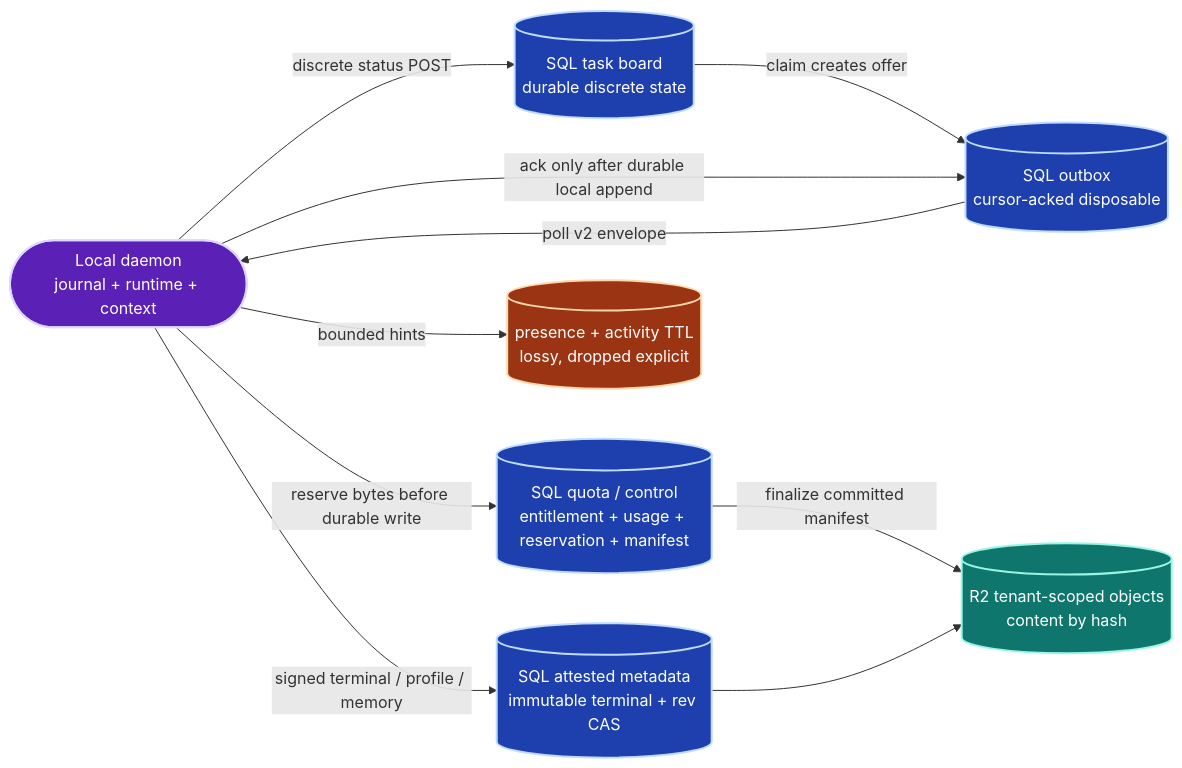
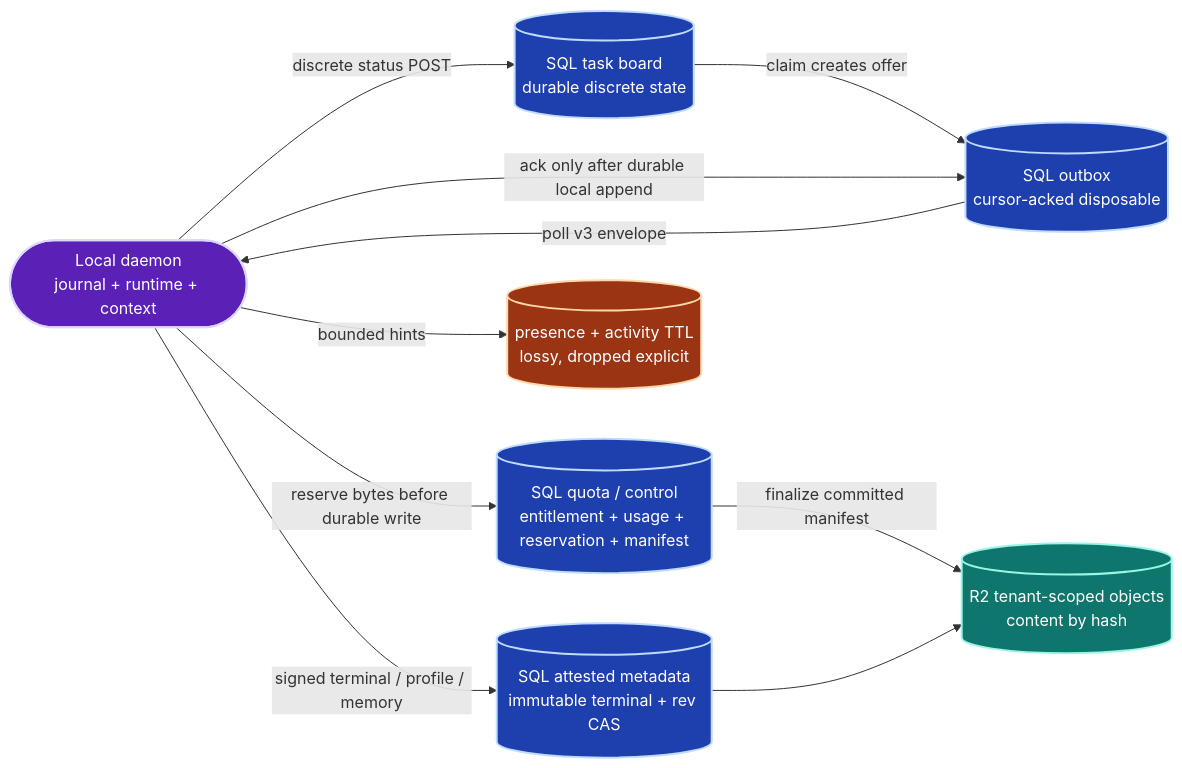
Before and after one commit to Ancienttwo/byok-sdk: diagram 17 of 22 in docs/architecture/sdk-architecture.md, drawn with Mermaid. The commit also changed other lines of this file and 10 other files, not shown here.

First line of the commit message:
docs(architecture): align sdk-architecture.md with the source, and retire three no-op scripts (#927, #925 phase 0)

````diff
--- a/docs/architecture/sdk-architecture.md
+++ b/docs/architecture/sdk-architecture.md
@@ -1216,25 +1256,25 @@
 ```mermaid
 flowchart LR
   classDef local fill:#5b21b6,stroke:#ddd6fe,stroke-width:2px,color:#fff
   classDef durable fill:#1e40af,stroke:#bfdbfe,stroke-width:2px,color:#fff
   classDef ephemeral fill:#9a3412,stroke:#fed7aa,stroke-width:2px,color:#fff
   classDef object fill:#0f766e,stroke:#99f6e4,stroke-width:2px,color:#fff
 
   Daemon(["Local daemon<br/>journal + runtime + context"]):::local
   Board[("SQL task board<br/>durable discrete state")]:::durable
   Mailbox[("SQL outbox<br/>cursor-acked disposable")]:::durable
   Truth[("SQL attested metadata<br/>immutable terminal + rev CAS")]:::durable
   Quota[("SQL quota / control<br/>entitlement + usage + reservation + manifest")]:::durable
   Object[("R2 tenant-scoped objects<br/>content by hash")]:::object
   Presence[("presence + activity TTL<br/>lossy, dropped explicit")]:::ephemeral
 
   Board -->|"claim creates offer"| Mailbox
-  Mailbox -->|"poll v2 envelope"| Daemon
+  Mailbox -->|"poll v3 envelope"| Daemon
   Daemon -->|"ack only after durable local append"| Mailbox
   Daemon -->|"reserve bytes before durable write"| Quota
   Daemon -->|"signed terminal / profile / memory"| Truth
   Quota -->|"finalize committed manifest"| Object
   Truth --> Object
   Daemon -->|"bounded hints"| Presence
   Daemon -->|"discrete status POST"| Board
 ```
````
